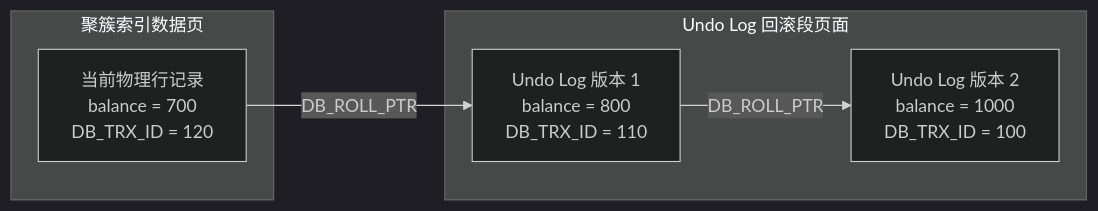
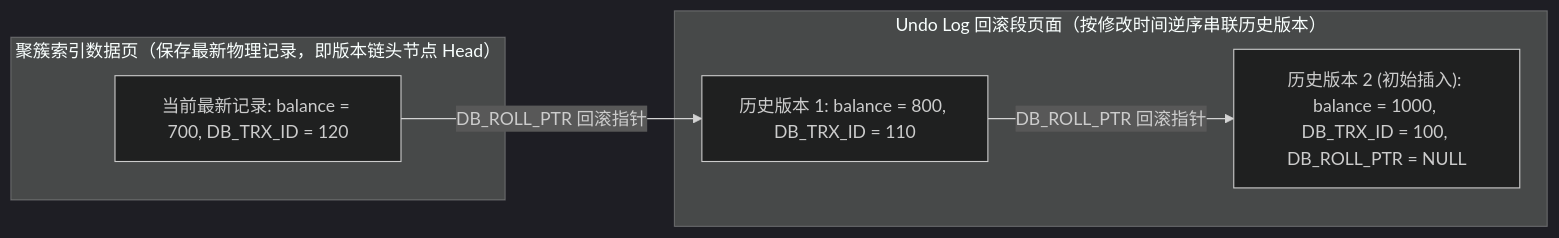
One commit to GuoWWWX/knowledge-base changed the second of 4 diagrams in 20-Java后端/05-数据库与存储/02-事务与隔离级别.md. Above: the diagram before and after it, drawn with Mermaid (dark theme). The commit also changed other lines of this file and 251 other files, not shown here.

````diff
--- a/20-Java后端/05-数据库与存储/02-事务与隔离级别.md
+++ b/20-Java后端/05-数据库与存储/02-事务与隔离级别.md
@@ -112,14 +127,14 @@
 ```mermaid
 flowchart LR
-    subgraph 聚簇索引数据页
-        Current["当前物理行记录<br/>balance = 700<br/>DB_TRX_ID = 120"]
+    subgraph ClusteredPage["聚簇索引数据页（保存最新物理记录，即版本链头节点 Head）"]
+        Current["当前最新记录: balance = 700, DB_TRX_ID = 120"]
     end
 
-    subgraph Undo Log 回滚段页面
-        V1["Undo Log 版本 1<br/>balance = 800<br/>DB_TRX_ID = 110"]
-        V2["Undo Log 版本 2<br/>balance = 1000<br/>DB_TRX_ID = 100"]
+    subgraph UndoPage["Undo Log 回滚段页面（按修改时间逆序串联历史版本）"]
+        V1["历史版本 1: balance = 800, DB_TRX_ID = 110"]
+        V2["历史版本 2 (初始插入): balance = 1000, DB_TRX_ID = 100, DB_ROLL_PTR = NULL"]
     end
 
-    Current -->|"DB_ROLL_PTR"| V1
-    V1 -->|"DB_ROLL_PTR"| V2
+    Current -->|"DB_ROLL_PTR 回滚指针"| V1
+    V1 -->|"DB_ROLL_PTR 回滚指针"| V2
 ```
````
